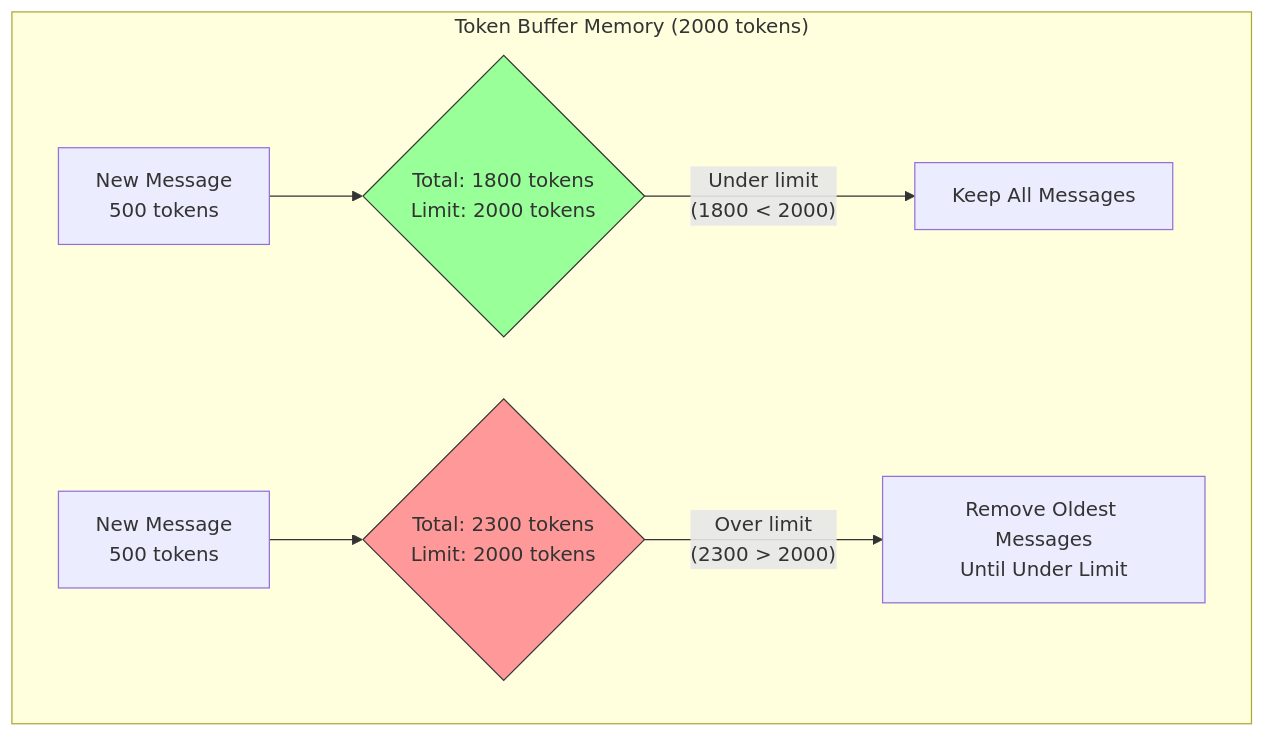
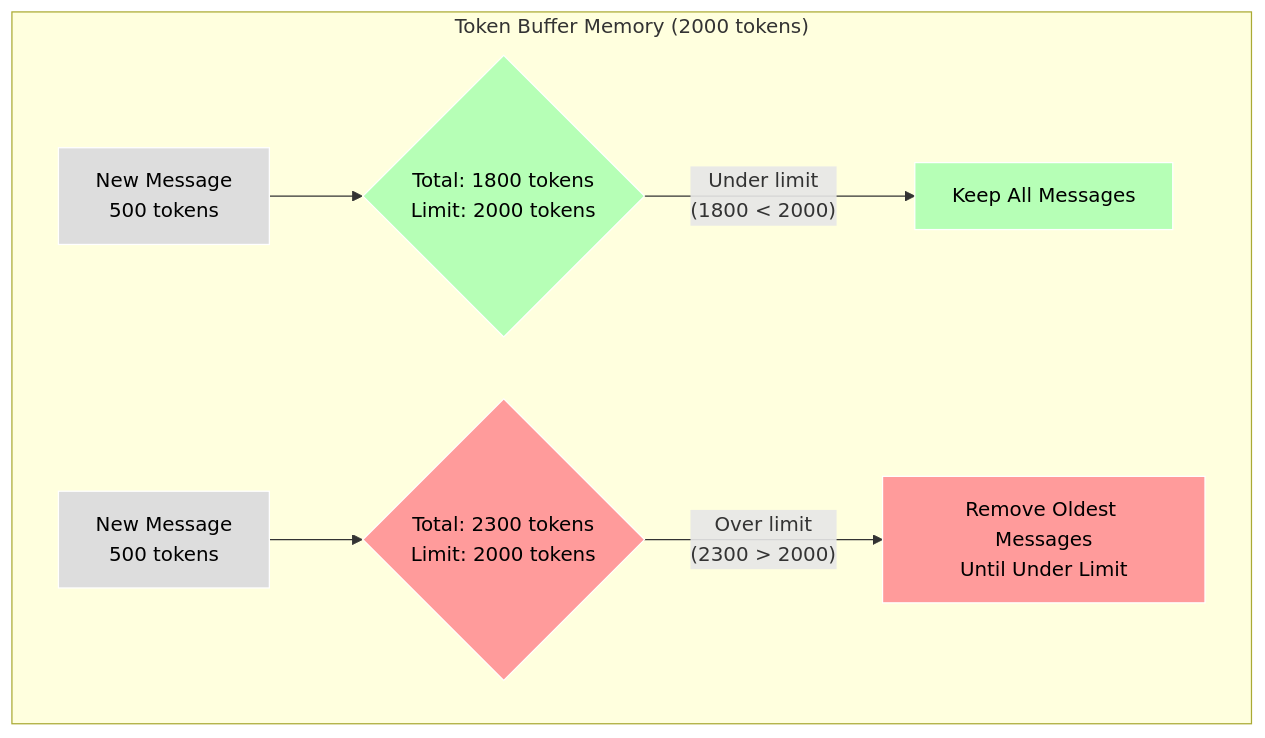
Before and after one commit to jwwelbor/AgentMap: the sixth of 8 diagrams in docs/usage/langchain_memory_in_agentmap.md, drawn with Mermaid. The commit also changed other lines of this file, not shown here.

````diff
--- a/docs/usage/langchain_memory_in_agentmap.md
+++ b/docs/usage/langchain_memory_in_agentmap.md
@@ -258,13 +282,17 @@
 ```mermaid
 graph TD
     subgraph "Token Buffer Memory (2000 tokens)"
         A[New Message<br>500 tokens] --> B{Total: 1800 tokens<br>Limit: 2000 tokens}
         B -->|"Under limit<br>(1800 < 2000)"| C[Keep All Messages]
         
         D[New Message<br>500 tokens] --> E{Total: 2300 tokens<br>Limit: 2000 tokens}
         E -->|"Over limit<br>(2300 > 2000)"| F[Remove Oldest Messages<br>Until Under Limit]
     end
     
-    style B fill:#9f9,stroke:#333,stroke-width:1px
-    style E fill:#f99,stroke:#333,stroke-width:1px
+    style A fill:#DDDDDD,stroke:#FFFFFF,stroke-width:1px,color:#000000
+    style B fill:#B6FFB6,stroke:#FFFFFF,stroke-width:1px,color:#000000
+    style C fill:#B6FFB6,stroke:#FFFFFF,stroke-width:1px,color:#000000
+    style D fill:#DDDDDD,stroke:#FFFFFF,stroke-width:1px,color:#000000
+    style E fill:#FF9B9B,stroke:#FFFFFF,stroke-width:1px,color:#000000
+    style F fill:#FF9B9B,stroke:#FFFFFF,stroke-width:1px,color:#000000
 ```
````
